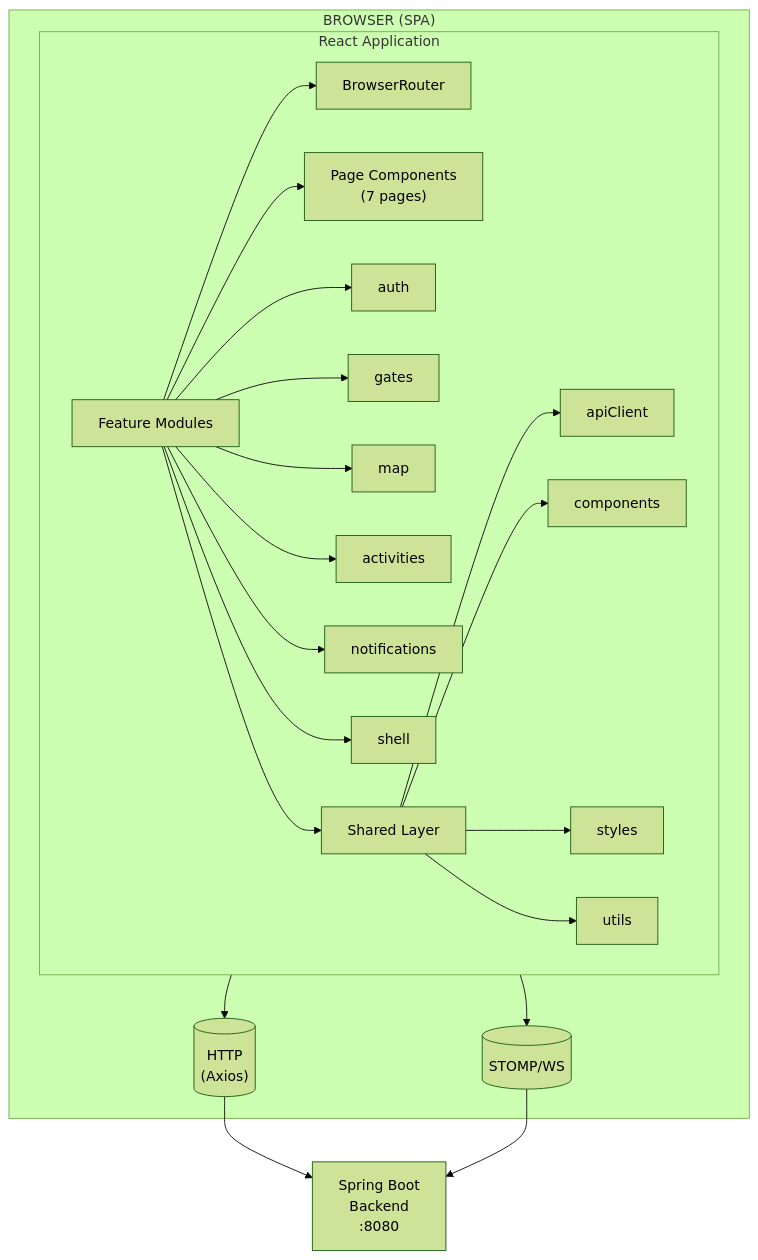
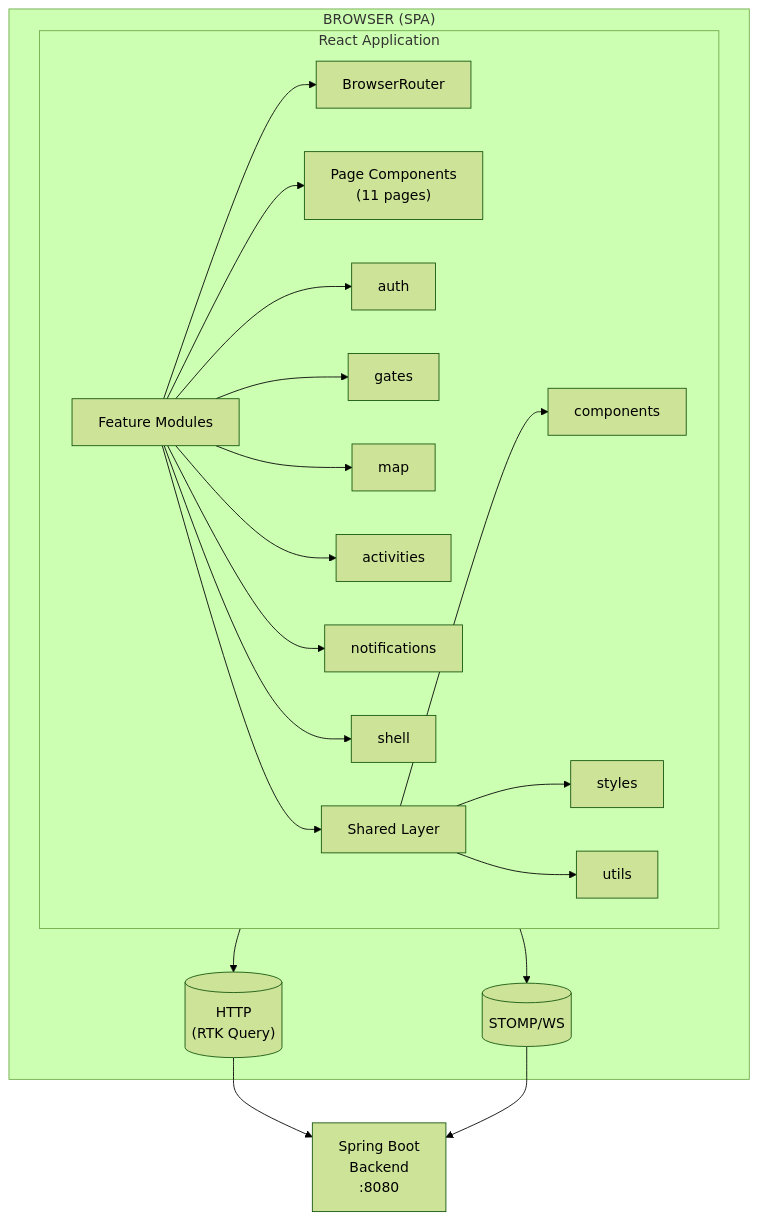
One commit to smartuni/riot-po-2026 changed the first of 2 diagrams in server/frontend/docs/architecture.md. Above: the diagram before and after it, drawn with Mermaid (forest theme). The commit also changed other lines of this file and 199 other files, not shown here.

````diff
--- a/server/frontend/docs/architecture.md
+++ b/server/frontend/docs/architecture.md
@@ -7,39 +7,38 @@
 ```mermaid
 flowchart TB
     subgraph Browser["BROWSER (SPA)"]
         subgraph ReactApp["React Application"]
             Router["BrowserRouter"]
-            Pages["Page Components<br/>(7 pages)"]
+            Pages["Page Components<br/>(11 pages)"]
             
             Features["Feature Modules"]
             Features --> Router
             Features --> Pages
             
             Features --> F1[auth]
             Features --> F2[gates]
             Features --> F3[map]
             Features --> F4[activities]
             Features --> F5[notifications]
             Features --> F6[shell]
             
             Shared["Shared Layer"]
-            Shared --> API["apiClient"]
             Shared --> Components["components"]
             Shared --> Styles["styles"]
             Shared --> Utils["utils"]
             
             Features --> Shared
         end
         
-        HTTP[("HTTP<br/>(Axios)")]
+        HTTP[("HTTP<br/>(RTK Query)")]
         WS[("STOMP/WS")]
         
         ReactApp --> HTTP
         ReactApp --> WS
     end
     
     Backend["Spring Boot<br/>Backend<br/>:8080"]
     
     HTTP --> Backend
     WS --> Backend
 ```
````
